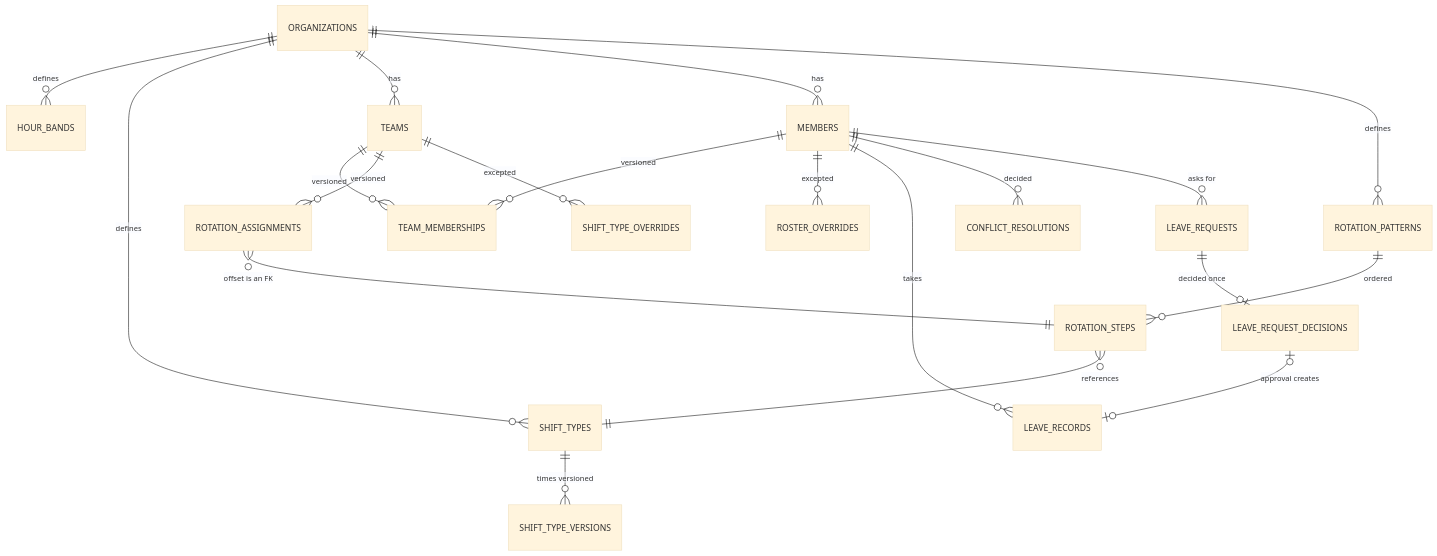
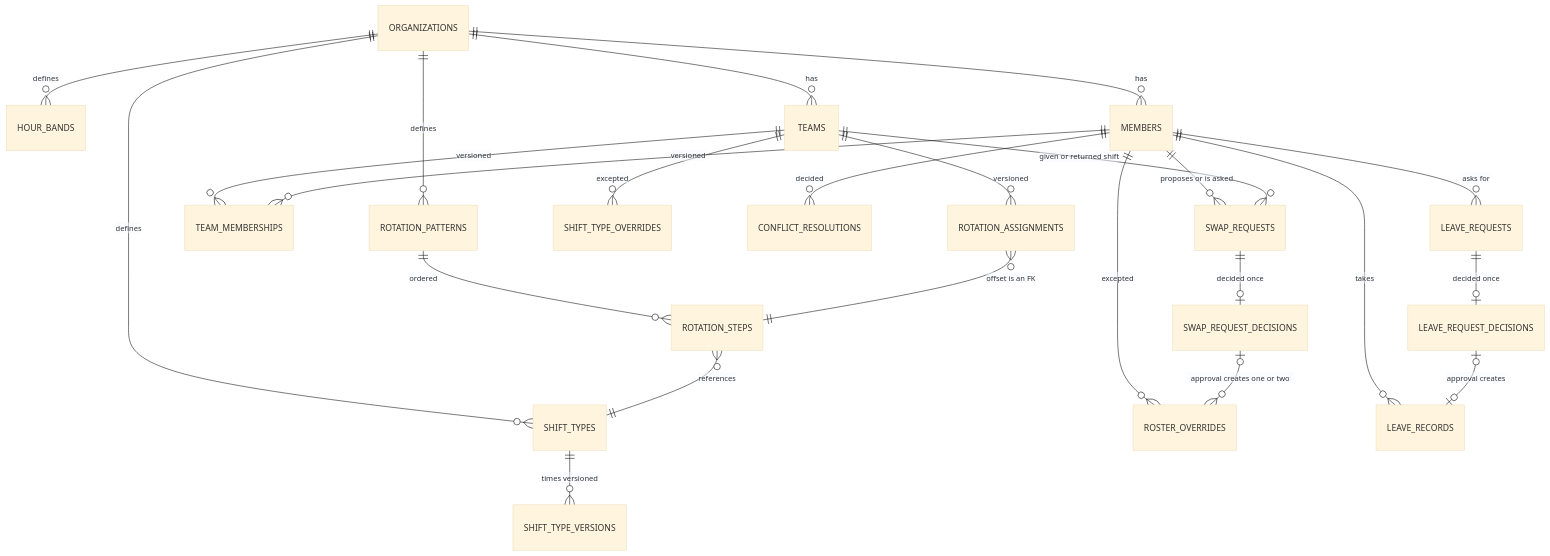
Before and after one commit to perolipotic/shift: the fourth of 4 diagrams in _bmad-output/planning-artifacts/architecture/architecture-shift-2026-09-02/ARCHITECTURE-SPINE.md, drawn with Mermaid (base theme). The commit also changed other lines of this file and 9 other files, not shown here.

First line of the commit message:
feat: the swap request record (12.1) (#276)

````diff
--- a/_bmad-output/planning-artifacts/architecture/architecture-shift-2026-09-02/ARCHITECTURE-SPINE.md
+++ b/_bmad-output/planning-artifacts/architecture/architecture-shift-2026-09-02/ARCHITECTURE-SPINE.md
@@ -304,22 +306,26 @@
 ```mermaid
 erDiagram
     ORGANIZATIONS ||--o{ HOUR_BANDS : defines
     ORGANIZATIONS ||--o{ SHIFT_TYPES : defines
     ORGANIZATIONS ||--o{ TEAMS : has
     ORGANIZATIONS ||--o{ MEMBERS : has
     ORGANIZATIONS ||--o{ ROTATION_PATTERNS : defines
     TEAMS ||--o{ TEAM_MEMBERSHIPS : "versioned"
     MEMBERS ||--o{ TEAM_MEMBERSHIPS : "versioned"
     ROTATION_PATTERNS ||--o{ ROTATION_STEPS : ordered
     ROTATION_STEPS }o--|| SHIFT_TYPES : references
     SHIFT_TYPES ||--o{ SHIFT_TYPE_VERSIONS : "times versioned"
     TEAMS ||--o{ ROTATION_ASSIGNMENTS : versioned
     ROTATION_ASSIGNMENTS }o--|| ROTATION_STEPS : "offset is an FK"
     TEAMS ||--o{ SHIFT_TYPE_OVERRIDES : excepted
     MEMBERS ||--o{ ROSTER_OVERRIDES : excepted
     MEMBERS ||--o{ LEAVE_RECORDS : takes
     MEMBERS ||--o{ CONFLICT_RESOLUTIONS : decided
     MEMBERS ||--o{ LEAVE_REQUESTS : "asks for"
     LEAVE_REQUESTS ||--o| LEAVE_REQUEST_DECISIONS : "decided once"
     LEAVE_REQUEST_DECISIONS |o--o| LEAVE_RECORDS : "approval creates"
+    MEMBERS ||--o{ SWAP_REQUESTS : "proposes or is asked"
+    TEAMS ||--o{ SWAP_REQUESTS : "given or returned shift"
+    SWAP_REQUESTS ||--o| SWAP_REQUEST_DECISIONS : "decided once"
+    SWAP_REQUEST_DECISIONS |o--o{ ROSTER_OVERRIDES : "approval creates one or two"
 ```
````
